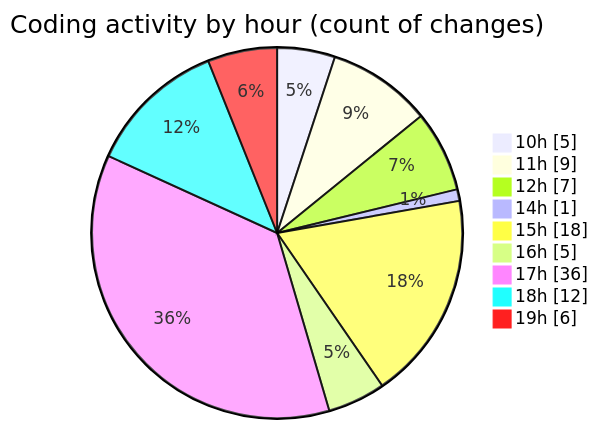
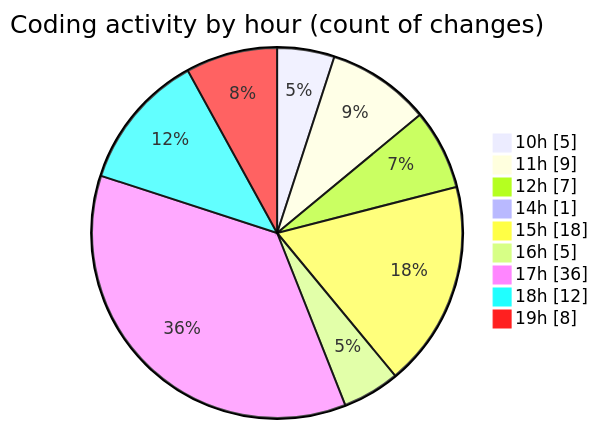
The second of 2 diagrams in 2026-04-20/airfeed-analytics-dashboard/README.md (nxtqubesakshisongat/code-tracking), drawn with Mermaid before and after one commit. The commit also changed other lines of this file and 1 other file, not shown here.

````diff
--- a/2026-04-20/airfeed-analytics-dashboard/README.md
+++ b/2026-04-20/airfeed-analytics-dashboard/README.md
@@ -42,13 +44,13 @@
 ```mermaid
 pie showData
 title Coding activity by hour (count of changes)
 "10h" : 5
 "11h" : 9
 "12h" : 7
 "14h" : 1
 "15h" : 18
 "16h" : 5
 "17h" : 36
 "18h" : 12
-"19h" : 6
+"19h" : 8
 ```
````
